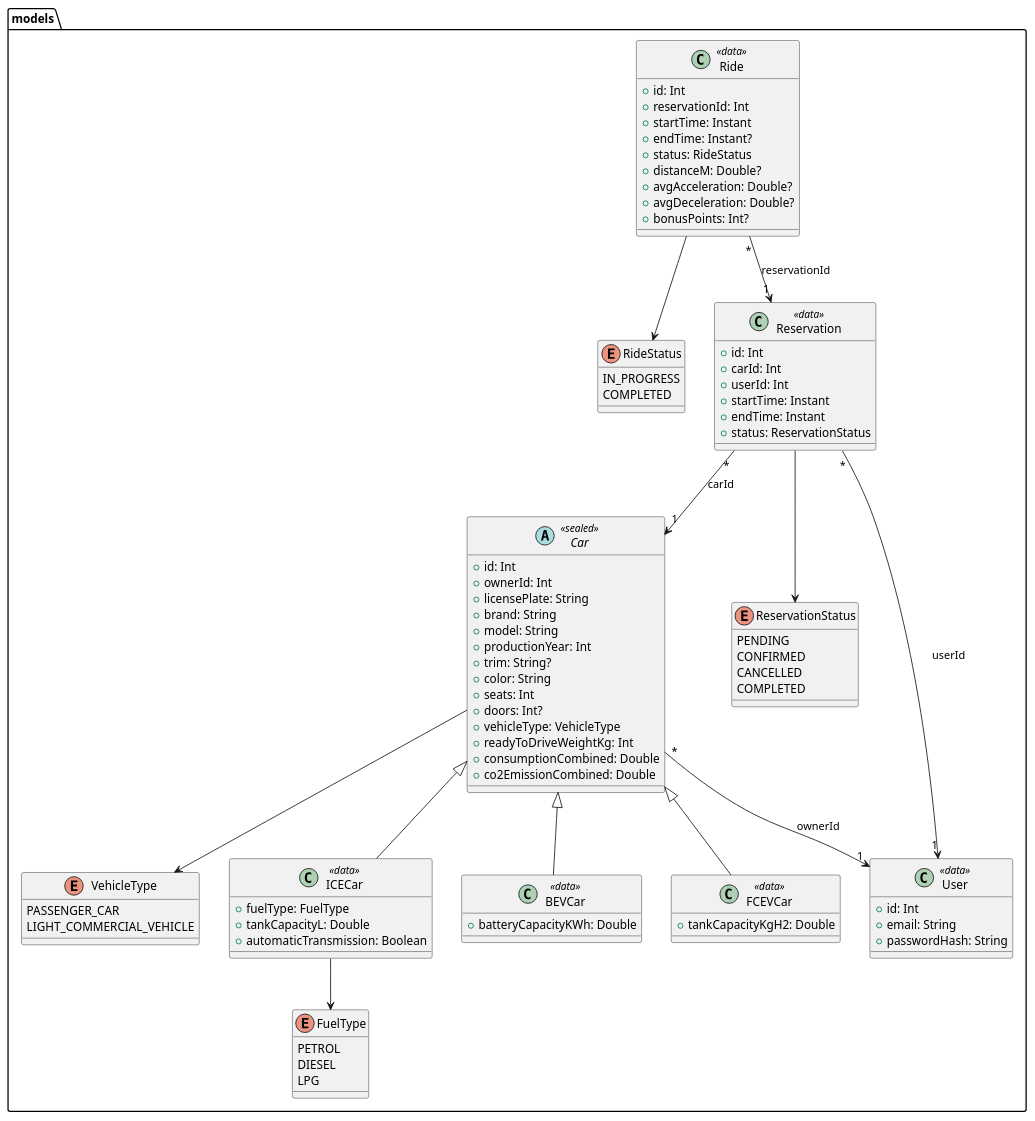
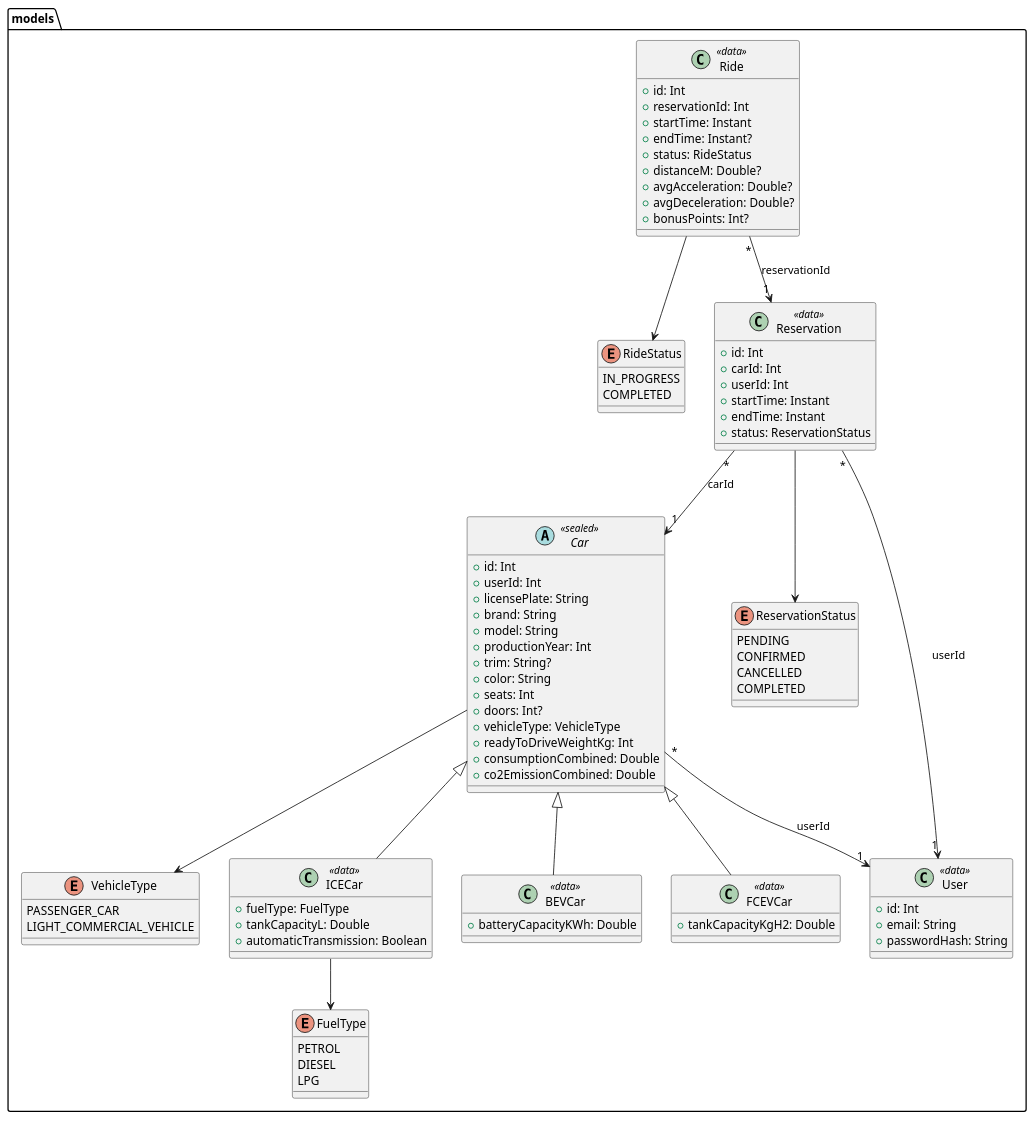
The diagram in diagrams/models/CarDataModel.puml (MarkPrins18/hbo-leerjaar2), drawn with PlantUML before and after one commit. The commit also changed 30 other files, not shown here.

```diff
--- a/diagrams/models/CarDataModel.puml
+++ b/diagrams/models/CarDataModel.puml
@@ -1,101 +1,101 @@
 @startuml CarDataModel
 
 package models {
 
     enum FuelType {
         PETROL
         DIESEL
         LPG
     }
 
     enum VehicleType {
         PASSENGER_CAR
         LIGHT_COMMERCIAL_VEHICLE
     }
 
     abstract class Car <<sealed>> {
         +id: Int
-        +ownerId: Int
+        +userId: Int
         +licensePlate: String
         +brand: String
         +model: String
         +productionYear: Int
         +trim: String?
         +color: String
         +seats: Int
         +doors: Int?
         +vehicleType: VehicleType
         +readyToDriveWeightKg: Int
         +consumptionCombined: Double
         +co2EmissionCombined: Double
     }
 
     class ICECar <<data>> {
         +fuelType: FuelType
         +tankCapacityL: Double
         +automaticTransmission: Boolean
     }
 
     class BEVCar <<data>> {
         +batteryCapacityKWh: Double
     }
 
     class FCEVCar <<data>> {
         +tankCapacityKgH2: Double
     }
 
     Car <|-- ICECar
     Car <|-- BEVCar
     Car <|-- FCEVCar
 
     enum ReservationStatus {
         PENDING
         CONFIRMED
         CANCELLED
         COMPLETED
     }
 
     enum RideStatus {
         IN_PROGRESS
         COMPLETED
     }
 
     class User <<data>> {
         +id: Int
         +email: String
         +passwordHash: String
     }
 
     class Reservation <<data>> {
         +id: Int
         +carId: Int
         +userId: Int
         +startTime: Instant
         +endTime: Instant
         +status: ReservationStatus
     }
 
     class Ride <<data>> {
         +id: Int
         +reservationId: Int
         +startTime: Instant
         +endTime: Instant?
         +status: RideStatus
         +distanceM: Double?
         +avgAcceleration: Double?
         +avgDeceleration: Double?
         +bonusPoints: Int?
     }
 
     Car --> VehicleType
     ICECar --> FuelType
 
     Reservation --> ReservationStatus
     Ride --> RideStatus
-    Car "*" --> "1" User : ownerId
+    Car "*" --> "1" User : userId
     Reservation "*" --> "1" User : userId
     Reservation "*" --> "1" Car : carId
     Ride "*" --> "1" Reservation : reservationId
 }
 
 @enduml
```
